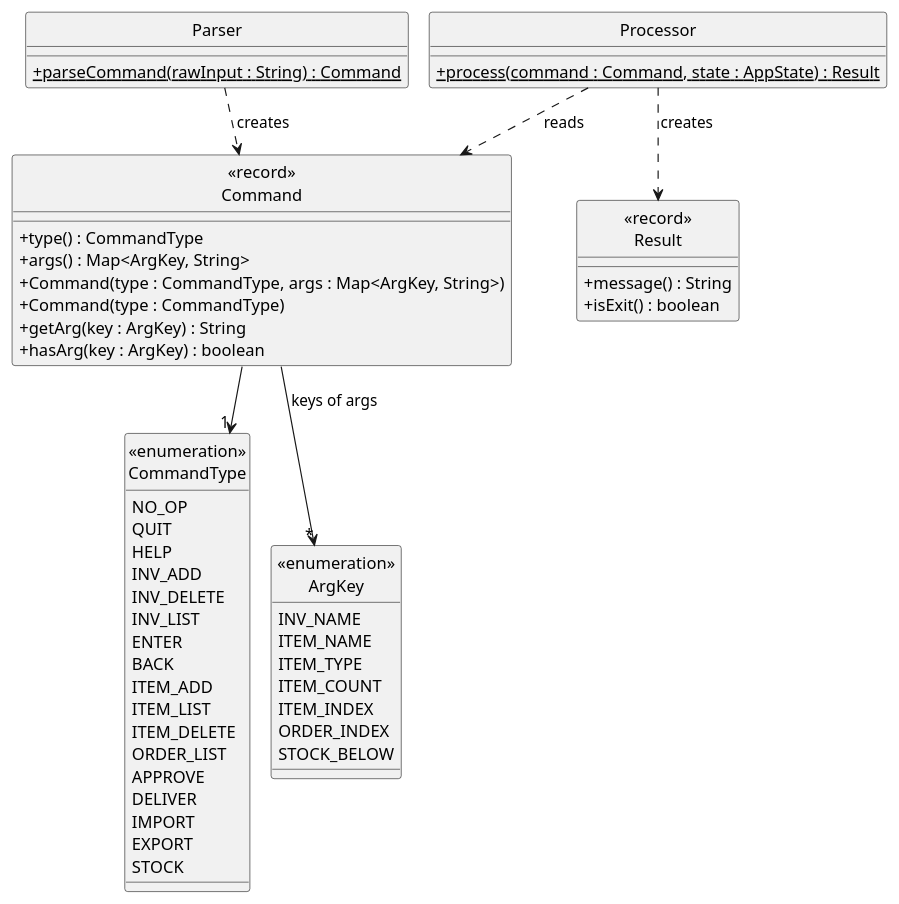
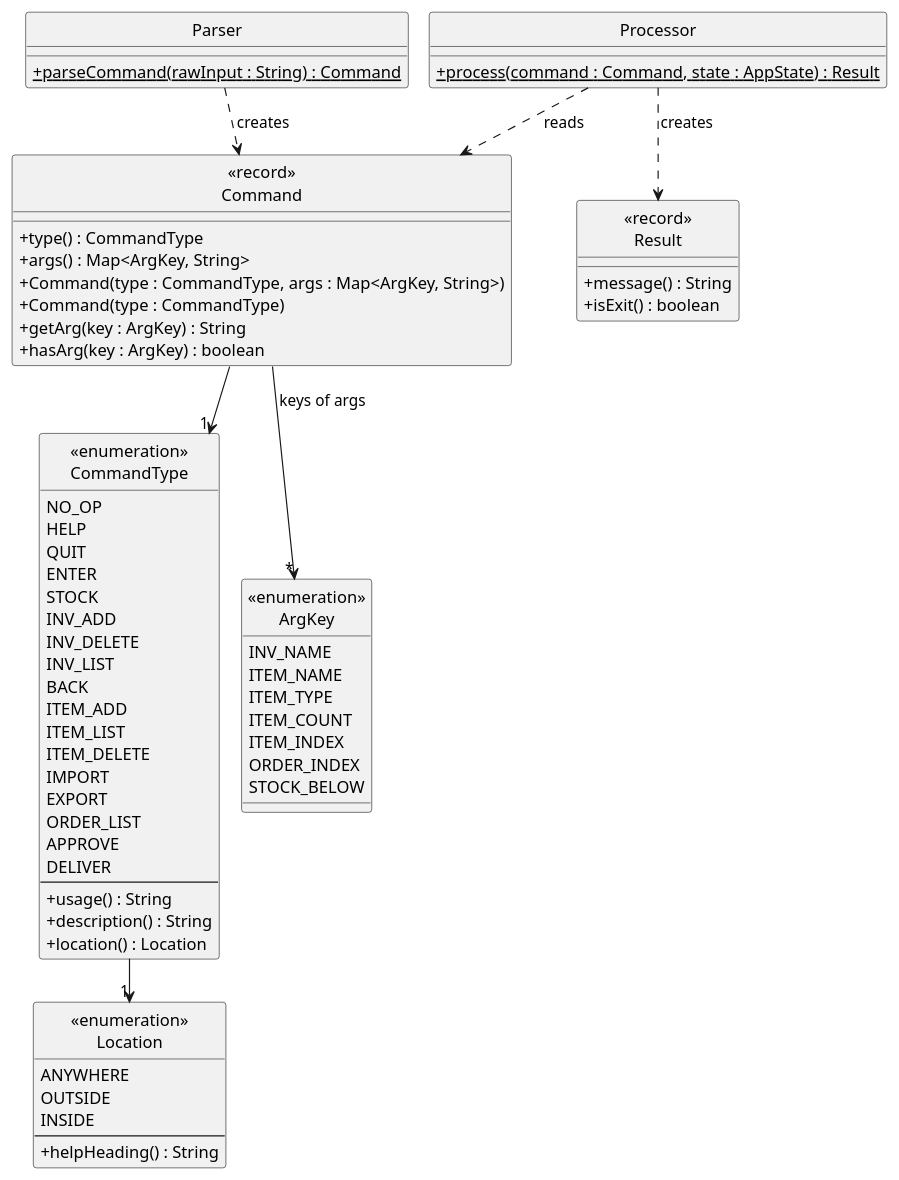
The diagram in docs/diagrams/CommandClassDiagram.puml (AY2627S1-CS2113-W14-4/tp), drawn with PlantUML before and after one commit. The commit also changed 7 other files, not shown here.

Commit message:
Move usage, help text and location rules onto CommandType

```diff
--- a/docs/diagrams/CommandClassDiagram.puml
+++ b/docs/diagrams/CommandClassDiagram.puml
@@ -1,63 +1,76 @@
 @startuml
 !pragma layout smetana
 hide circle
 skinparam classAttributeIconSize 0
 
 class "<<record>>\nCommand" as Command {
     + type() : CommandType
     + args() : Map<ArgKey, String>
     + Command(type : CommandType, args : Map<ArgKey, String>)
     + Command(type : CommandType)
     + getArg(key : ArgKey) : String
     + hasArg(key : ArgKey) : boolean
 }
 
 enum "<<enumeration>>\nCommandType" as CommandType {
     NO_OP
+    HELP
     QUIT
-    HELP
+    ENTER
+    STOCK
     INV_ADD
     INV_DELETE
     INV_LIST
-    ENTER
     BACK
     ITEM_ADD
     ITEM_LIST
     ITEM_DELETE
+    IMPORT
+    EXPORT
     ORDER_LIST
     APPROVE
     DELIVER
-    IMPORT
-    EXPORT
-    STOCK
+    --
+    + usage() : String
+    + description() : String
+    + location() : Location
+}
+
+enum "<<enumeration>>\nLocation" as Location {
+    ANYWHERE
+    OUTSIDE
+    INSIDE
+    --
+    + helpHeading() : String
 }
 
 enum "<<enumeration>>\nArgKey" as ArgKey {
     INV_NAME
     ITEM_NAME
     ITEM_TYPE
     ITEM_COUNT
     ITEM_INDEX
     ORDER_INDEX
     STOCK_BELOW
 }
 
 class "<<record>>\nResult" as Result {
     + message() : String
     + isExit() : boolean
 }
 
 class Parser {
     + {static} parseCommand(rawInput : String) : Command
 }
 
 class Processor {
     + {static} process(command : Command, state : AppState) : Result
 }
 
 Command --> "1" CommandType
+CommandType --> "1" Location
 Command --> "*" ArgKey : keys of args
 Parser ..> Command : creates
 Processor ..> Command : reads
 Processor ..> Result : creates
 @enduml
```
